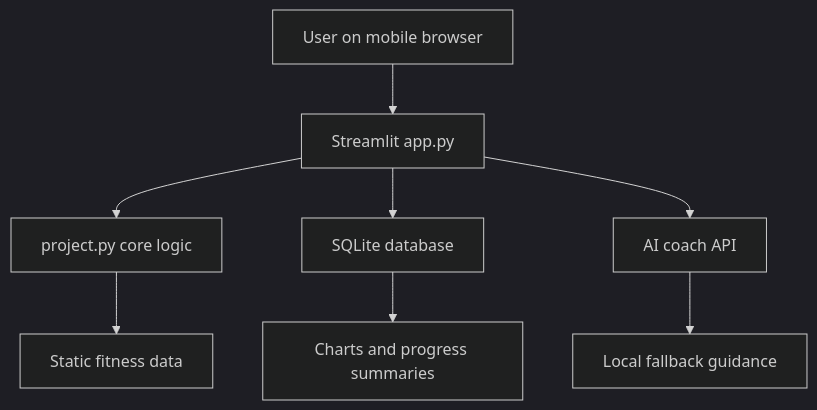
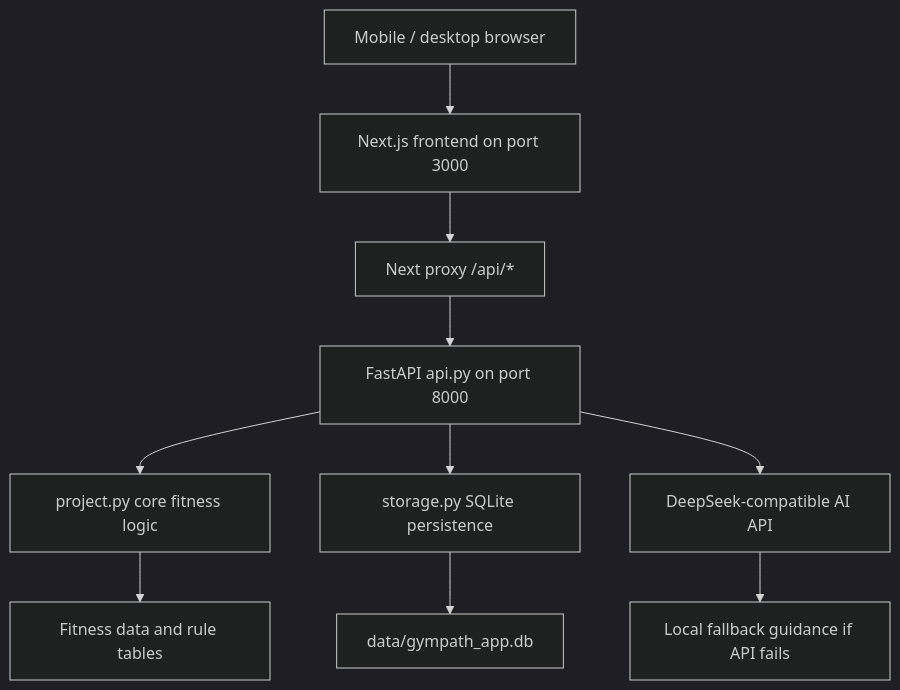
Before and after one commit to weiweiwei172997/programming-for-business-applications-group-project: the first of 2 diagrams in docs/TechDesign-GymPath-MVP.md, drawn with Mermaid (dark theme). The commit also changed other lines of this file and 21 other files, not shown here.

````diff
--- a/docs/TechDesign-GymPath-MVP.md
+++ b/docs/TechDesign-GymPath-MVP.md
@@ -88,10 +45,12 @@
 ```mermaid
 flowchart TD
-    U["User on mobile browser"] --> A["Streamlit app.py"]
-    A --> P["project.py core logic"]
-    A --> DB["SQLite database"]
-    A --> AI["AI coach API"]
-    P --> D["Static fitness data"]
-    AI --> F["Local fallback guidance"]
-    DB --> C["Charts and progress summaries"]
+    U["Mobile / desktop browser"] --> N["Next.js frontend on port 3000"]
+    N --> P["Next proxy /api/*"]
+    P --> A["FastAPI api.py on port 8000"]
+    A --> C["project.py core fitness logic"]
+    A --> S["storage.py SQLite persistence"]
+    A --> AI["DeepSeek-compatible AI API"]
+    C --> D["Fitness data and rule tables"]
+    S --> DB["data/gympath_app.db"]
+    AI --> F["Local fallback guidance if API fails"]
 ```
````
